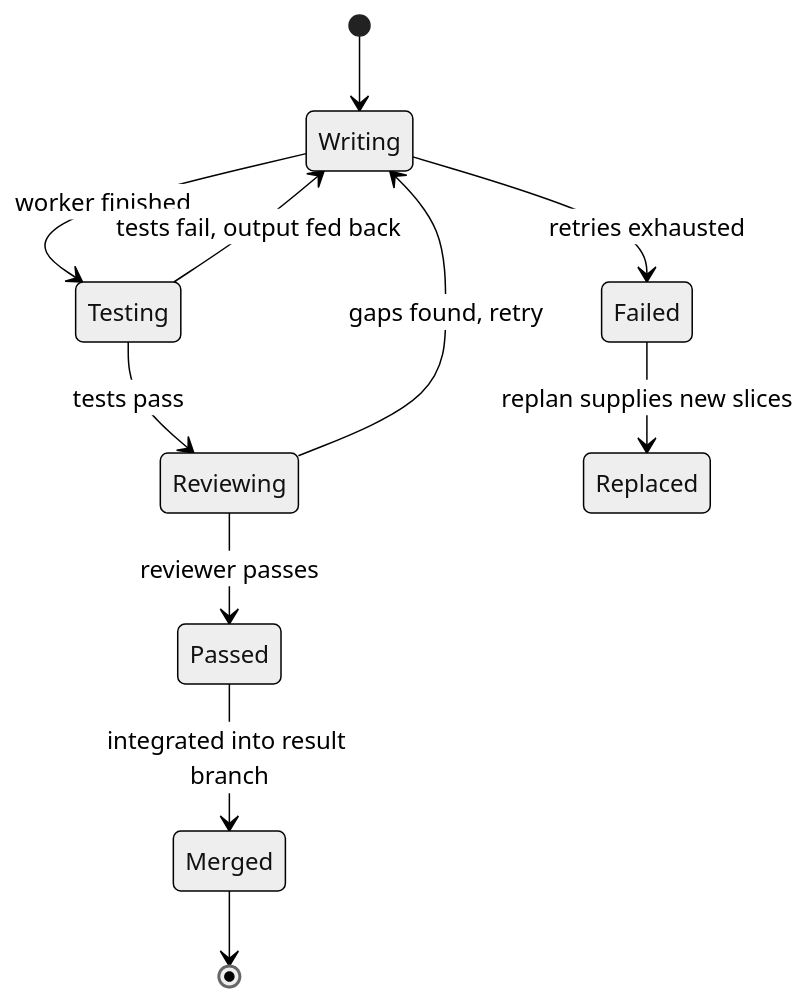
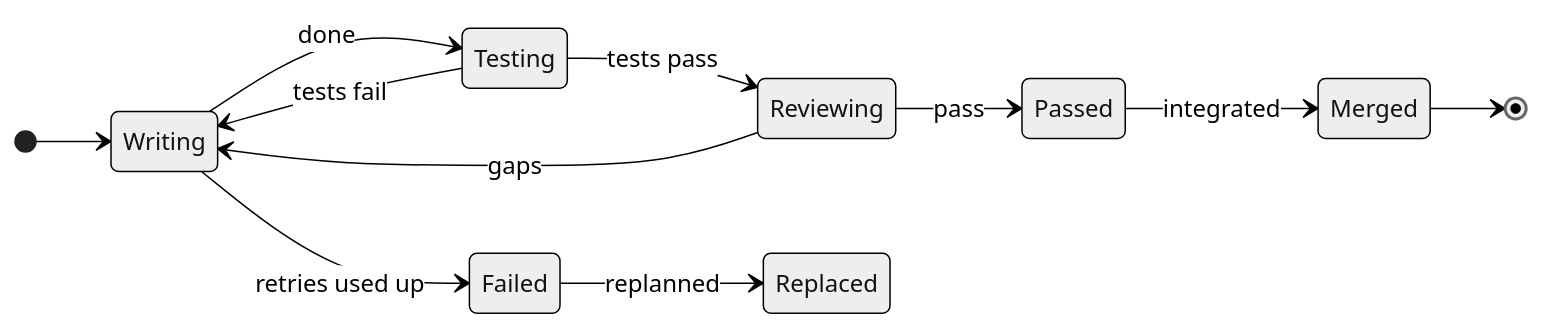
One commit to 0xcvaliente/claude-code-orchestration changed the third of 5 diagrams in README.md. Above: the diagram before and after it, drawn with Mermaid (neutral theme). The commit also changed other lines of this file, not shown here.

First line of the commit message:
README: redraw diagrams so they align and stop overflowing

````diff
--- a/README.md
+++ b/README.md
@@ -113,13 +123,14 @@
 ```mermaid
 stateDiagram-v2
+    direction LR
     [*] --> Writing
-    Writing --> Testing: worker finished
-    Testing --> Writing: tests fail, output fed back
+    Writing --> Testing: done
+    Testing --> Writing: tests fail
     Testing --> Reviewing: tests pass
-    Reviewing --> Writing: gaps found, retry
-    Reviewing --> Passed: reviewer passes
-    Writing --> Failed: retries exhausted
-    Failed --> Replaced: replan supplies new slices
-    Passed --> Merged: integrated into result branch
+    Reviewing --> Writing: gaps
+    Reviewing --> Passed: pass
+    Passed --> Merged: integrated
     Merged --> [*]
+    Writing --> Failed: retries used up
+    Failed --> Replaced: replanned
 ```
````
